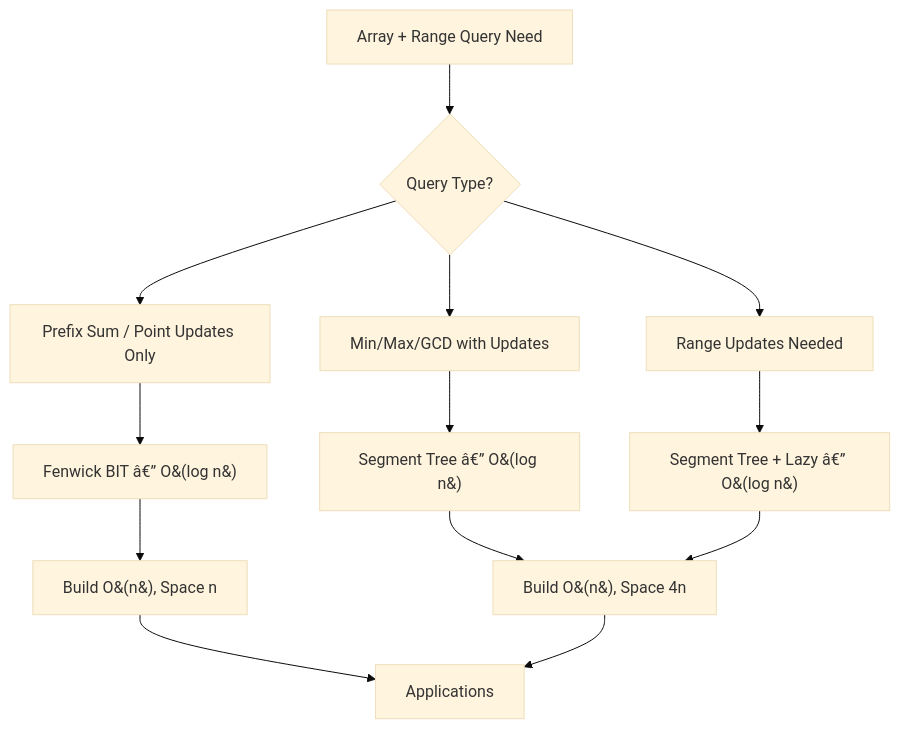
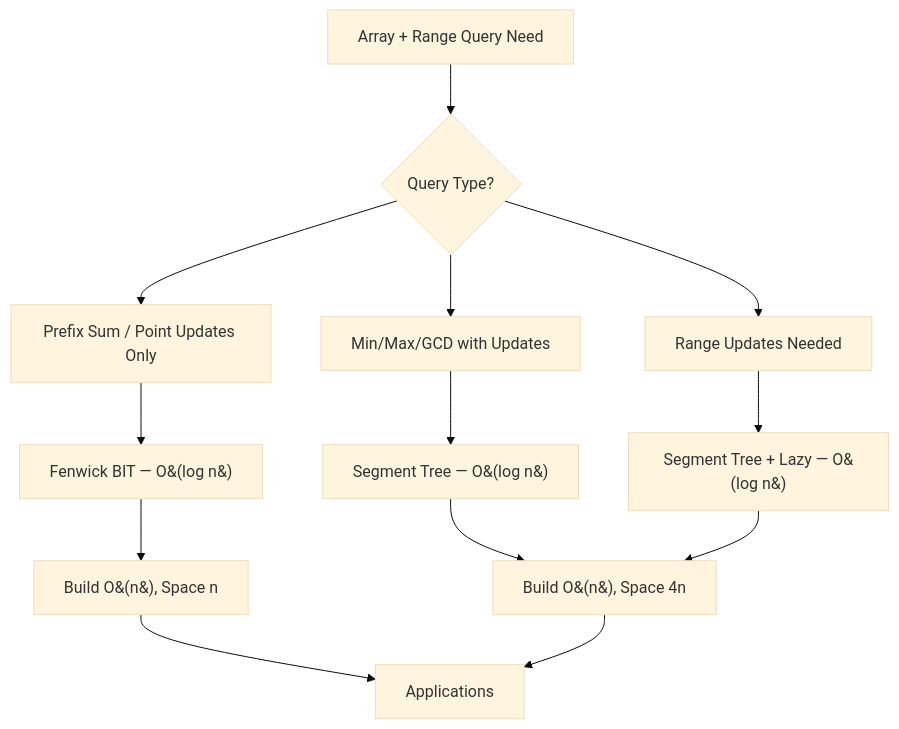
Before and after one commit to Raushan666java/ai-engineering-journey: the diagram in docs/courses/data-structures/17-segment-tree.md, drawn with Mermaid (base theme). The commit also changed other lines of this file and 965 other files, not shown here.

````diff
--- a/docs/courses/data-structures/17-segment-tree.md
+++ b/docs/courses/data-structures/17-segment-tree.md
@@ -59,15 +59,15 @@
 ```mermaid
 flowchart TD
     A[Array + Range Query Need] --> B{Query Type?}
     B --> C[Prefix Sum / Point Updates Only]
     B --> D[Min/Max/GCD with Updates]
     B --> E[Range Updates Needed]
-    C --> F[Fenwick BIT â€” O&#40;log n&#41;]
-    D --> G[Segment Tree â€” O&#40;log n&#41;]
-    E --> H[Segment Tree + Lazy â€” O&#40;log n&#41;]
+    C --> F[Fenwick BIT — O&#40;log n&#41;]
+    D --> G[Segment Tree — O&#40;log n&#41;]
+    E --> H[Segment Tree + Lazy — O&#40;log n&#41;]
     F --> I[Build O&#40;n&#41;, Space n]
     G --> J[Build O&#40;n&#41;, Space 4n]
     H --> J
     I --> K[Applications]
     J --> K
 ```
````
